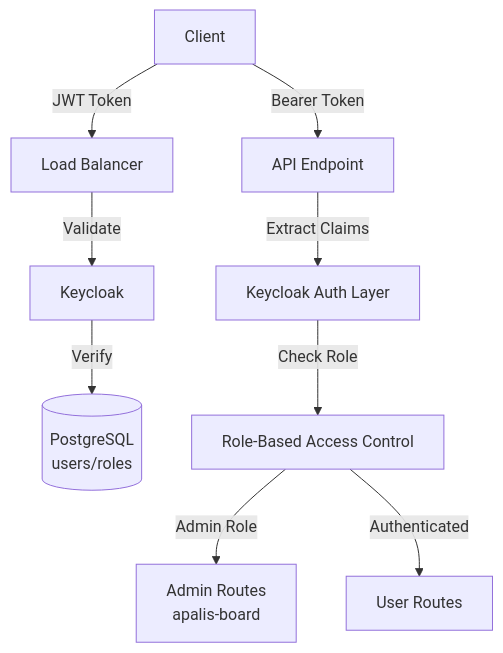
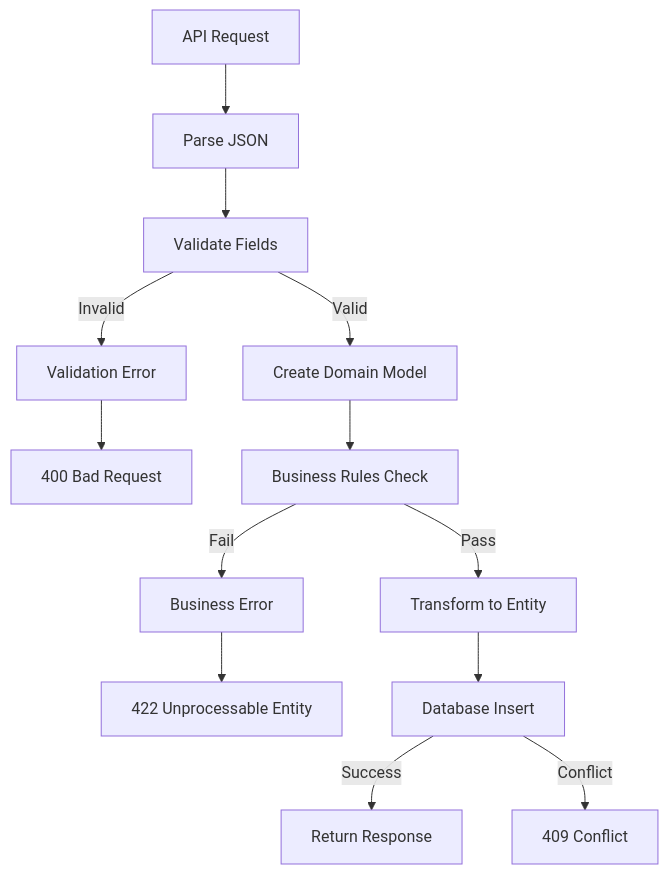
One commit to doitsu2014/crypto-pocket-butler changed the eighth of 9 diagrams in docs/architecture/backend.md. Above: the diagram before and after it, drawn with Mermaid. The commit also changed other lines of this file, not shown here.

First line of the commit message:
docs: Update API backend architecture with domain models

````diff
--- a/docs/architecture/backend.md
+++ b/docs/architecture/backend.md
@@ -198,13 +329,17 @@
 ```mermaid
 graph TD
-    Client[Client] -->|JWT Token| LB[Load Balancer]
-    LB -->|Validate| KC[Keycloak]
-    KC -->|Verify| DB[(PostgreSQL<br/>users/roles)]
+    Request[API Request] --> Parse[Parse JSON]
+    Parse --> Validate[Validate Fields]
+    Validate -->|Valid| Domain[Create Domain Model]
+    Validate -->|Invalid| Error[Validation Error]
+    Error --> 400[400 Bad Request]
     
-    Client -->|Bearer Token| API[API Endpoint]
-    API -->|Extract Claims| Auth[Keycloak Auth Layer]
-    Auth -->|Check Role| RBAC[Role-Based Access Control]
+    Domain --> Business[Business Rules Check]
+    Business -->|Pass| Transform[Transform to Entity]
+    Business -->|Fail| Error2[Business Error]
+    Error2 --> 422[422 Unprocessable Entity]
     
-    RBAC -->|Admin Role| Admin[Admin Routes<br/>apalis-board]
-    RBAC -->|Authenticated| User[User Routes]
+    Transform --> DB[Database Insert]
+    DB -->|Success| Response[Return Response]
+    DB -->|Conflict| 409[409 Conflict]
 ```
````
